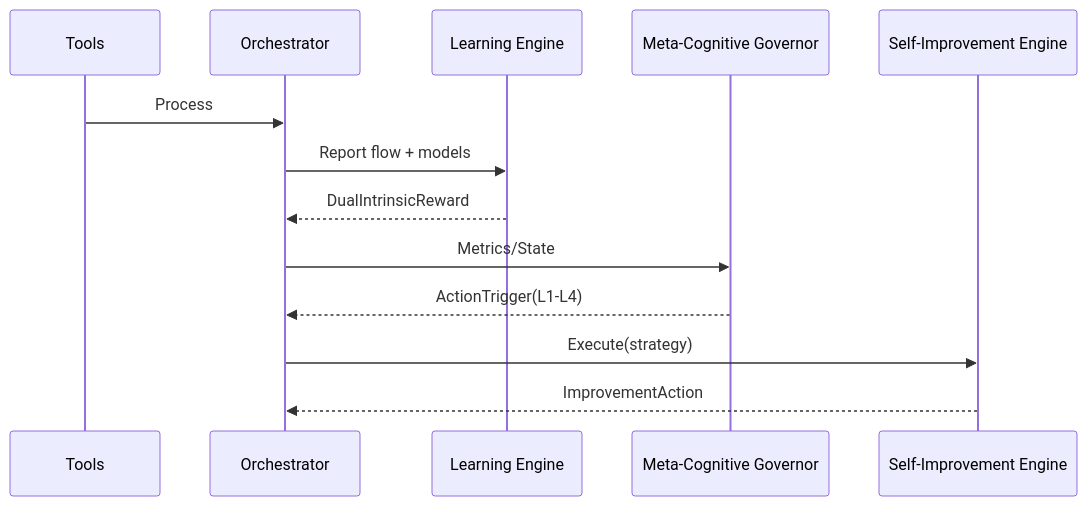
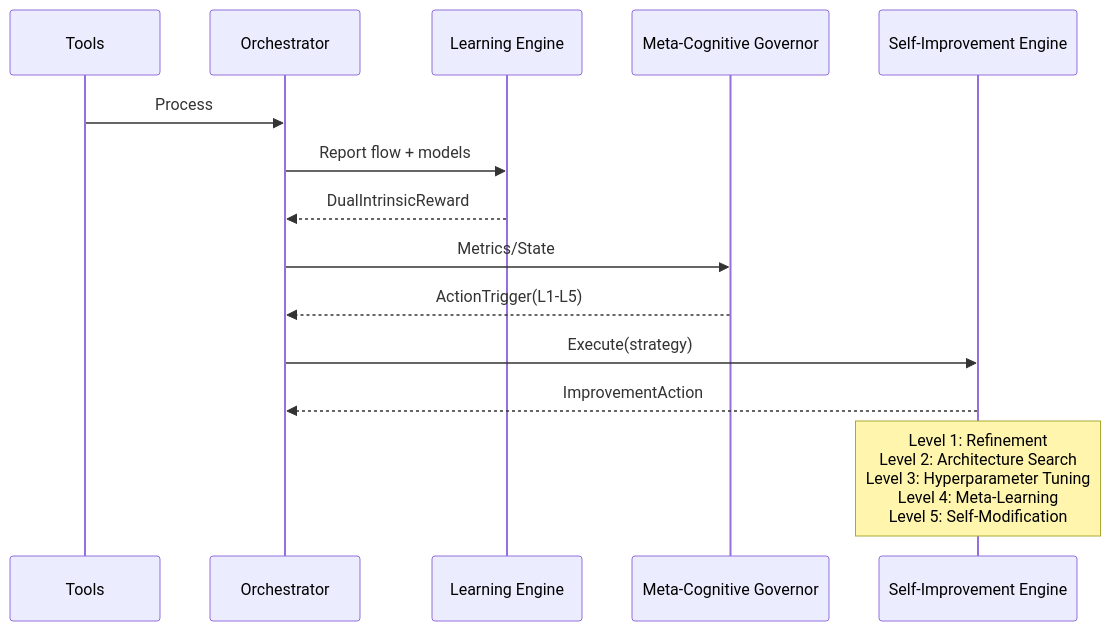
Before and after one commit to Eilodon/B.1-COS: the second of 3 diagrams in sdk/docs/architecture.md, drawn with Mermaid. The commit also changed other lines of this file and 28 other files, not shown here.

Commit message:
v1.0.0: performance profiling & optimization; Python bindings (maturin/uniffi) with examples; finalize docs (architecture, quick start, release notes); stabilize CWM tests and SIE strategies; add profiling scripts

````diff
--- a/sdk/docs/architecture.md
+++ b/sdk/docs/architecture.md
@@ -25,16 +26,18 @@
 ```mermaid
 sequenceDiagram
   participant Tools
   participant Orchestrator
   participant LE as Learning Engine
   participant MCG as Meta-Cognitive Governor
   participant SIE as Self-Improvement Engine
 
   Tools->>Orchestrator: Process
   Orchestrator->>LE: Report flow + models
   LE-->>Orchestrator: DualIntrinsicReward
   Orchestrator->>MCG: Metrics/State
-  MCG-->>Orchestrator: ActionTrigger(L1-L4)
+  MCG-->>Orchestrator: ActionTrigger(L1-L5)
   Orchestrator->>SIE: Execute(strategy)
   SIE-->>Orchestrator: ImprovementAction
+  
+  Note over SIE: Level 1: Refinement<br/>Level 2: Architecture Search<br/>Level 3: Hyperparameter Tuning<br/>Level 4: Meta-Learning<br/>Level 5: Self-Modification
 ```
````
